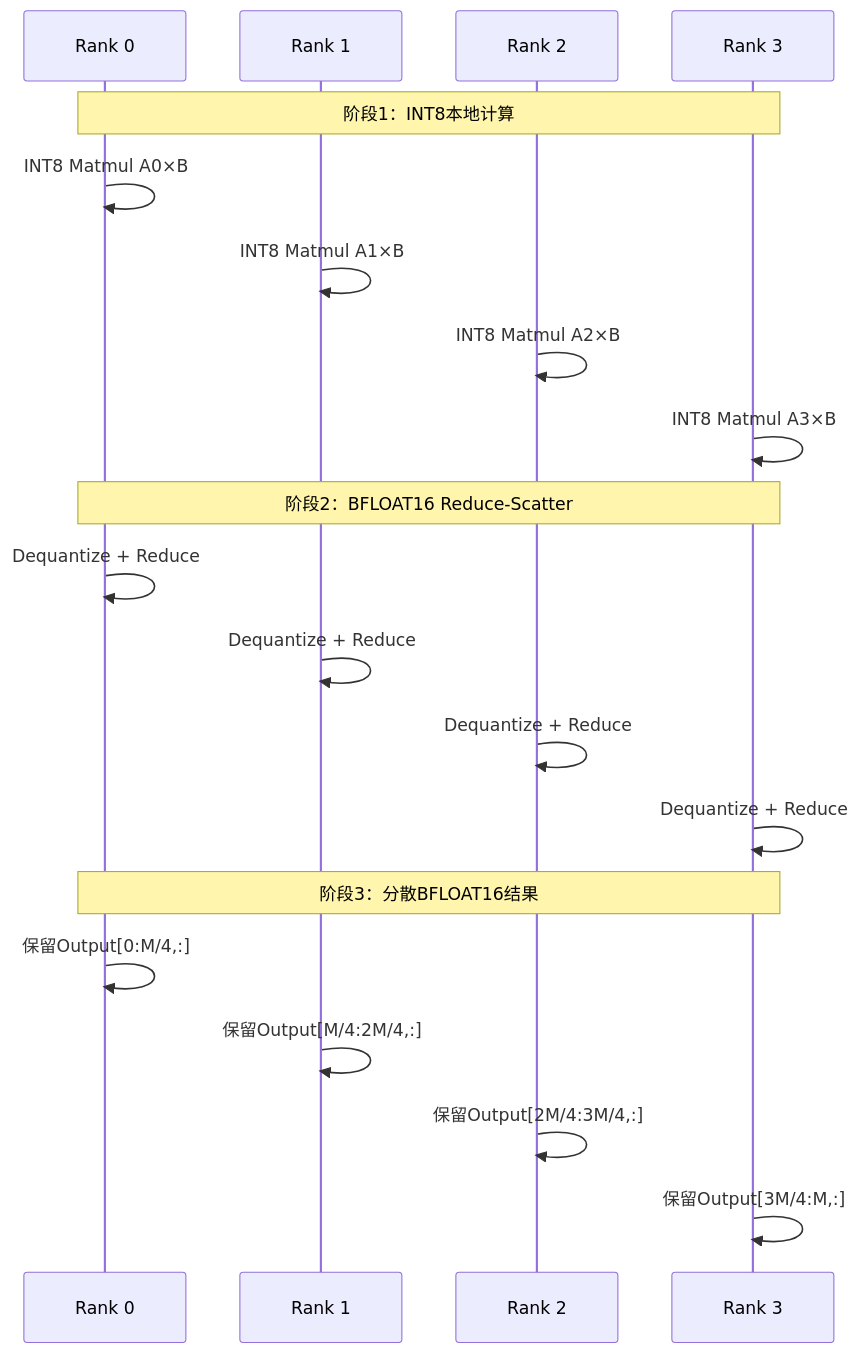
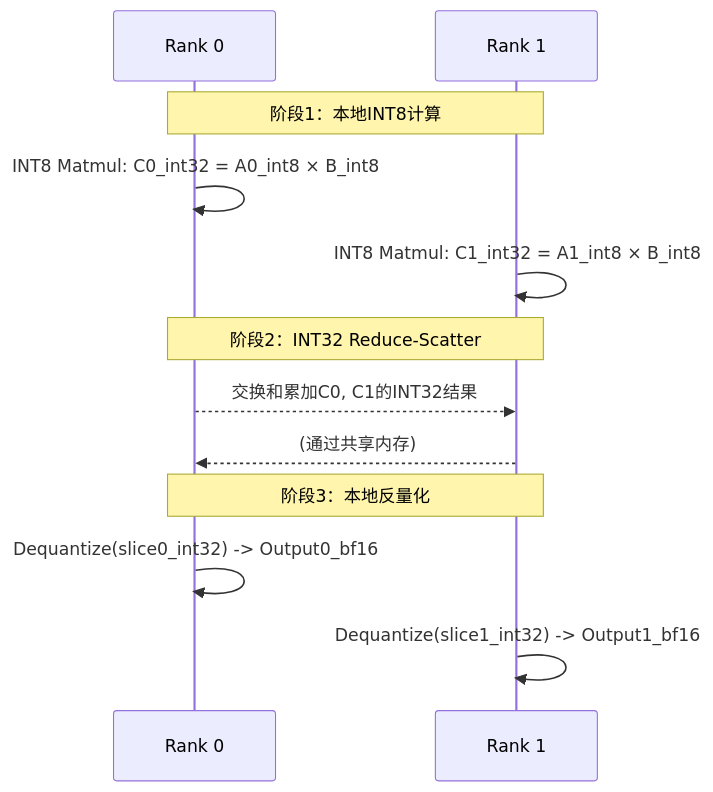
Before and after one commit to BillionsRichard/mm_rs_with_catlass: the second of 2 diagrams in quantized_matmul_reduce_scatter_design.md, drawn with Mermaid. The commit also changed other lines of this file and 6 other files, not shown here.

````diff
--- a/quantized_matmul_reduce_scatter_design.md
+++ b/quantized_matmul_reduce_scatter_design.md
@@ -191,25 +156,17 @@
 ```mermaid
 sequenceDiagram
     participant Rank0 as Rank 0
     participant Rank1 as Rank 1
-    participant Rank2 as Rank 2
-    participant Rank3 as Rank 3
     
-    Note over Rank0,Rank3: 阶段1：INT8本地计算
-    Rank0->>Rank0: INT8 Matmul A0×B
-    Rank1->>Rank1: INT8 Matmul A1×B
-    Rank2->>Rank2: INT8 Matmul A2×B
-    Rank3->>Rank3: INT8 Matmul A3×B
+    Note over Rank0,Rank1: 阶段1：本地INT8计算
+    Rank0->>Rank0: INT8 Matmul: C0_int32 = A0_int8 × B_int8
+    Rank1->>Rank1: INT8 Matmul: C1_int32 = A1_int8 × B_int8
     
-    Note over Rank0,Rank3: 阶段2：BFLOAT16 Reduce-Scatter
-    Rank0->>Rank0: Dequantize + Reduce
-    Rank1->>Rank1: Dequantize + Reduce
-    Rank2->>Rank2: Dequantize + Reduce
-    Rank3->>Rank3: Dequantize + Reduce
+    Note over Rank0,Rank1: 阶段2：INT32 Reduce-Scatter
+    Rank0-->>Rank1: 交换和累加C0, C1的INT32结果
+    Rank1-->>Rank0: (通过共享内存)
     
-    Note over Rank0,Rank3: 阶段3：分散BFLOAT16结果
-    Rank0->>Rank0: 保留Output[0:M/4,:]
-    Rank1->>Rank1: 保留Output[M/4:2M/4,:]
-    Rank2->>Rank2: 保留Output[2M/4:3M/4,:]
-    Rank3->>Rank3: 保留Output[3M/4:M,:]
+    Note over Rank0,Rank1: 阶段3：本地反量化
+    Rank0->>Rank0: Dequantize(slice0_int32) -> Output0_bf16
+    Rank1->>Rank1: Dequantize(slice1_int32) -> Output1_bf16
 ```
````
